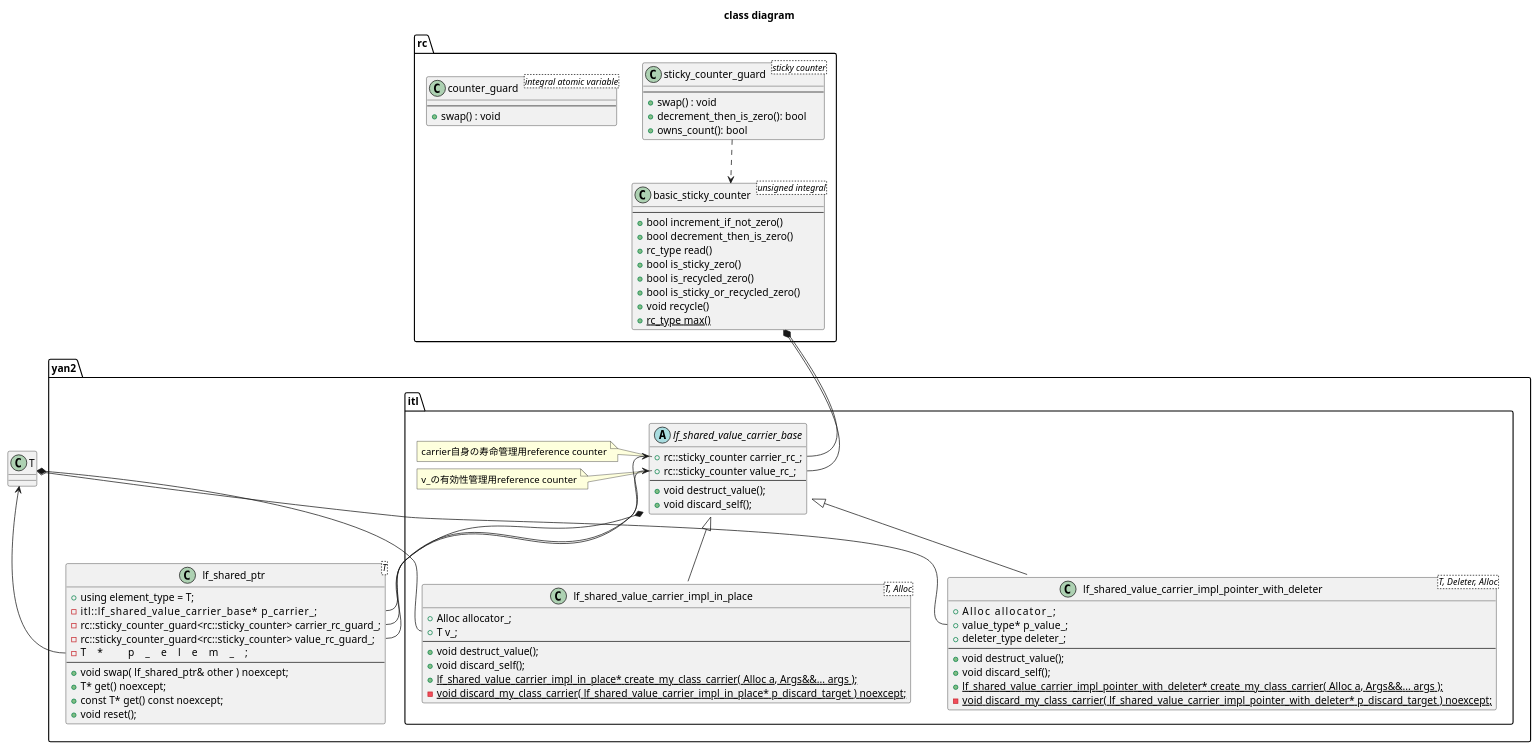
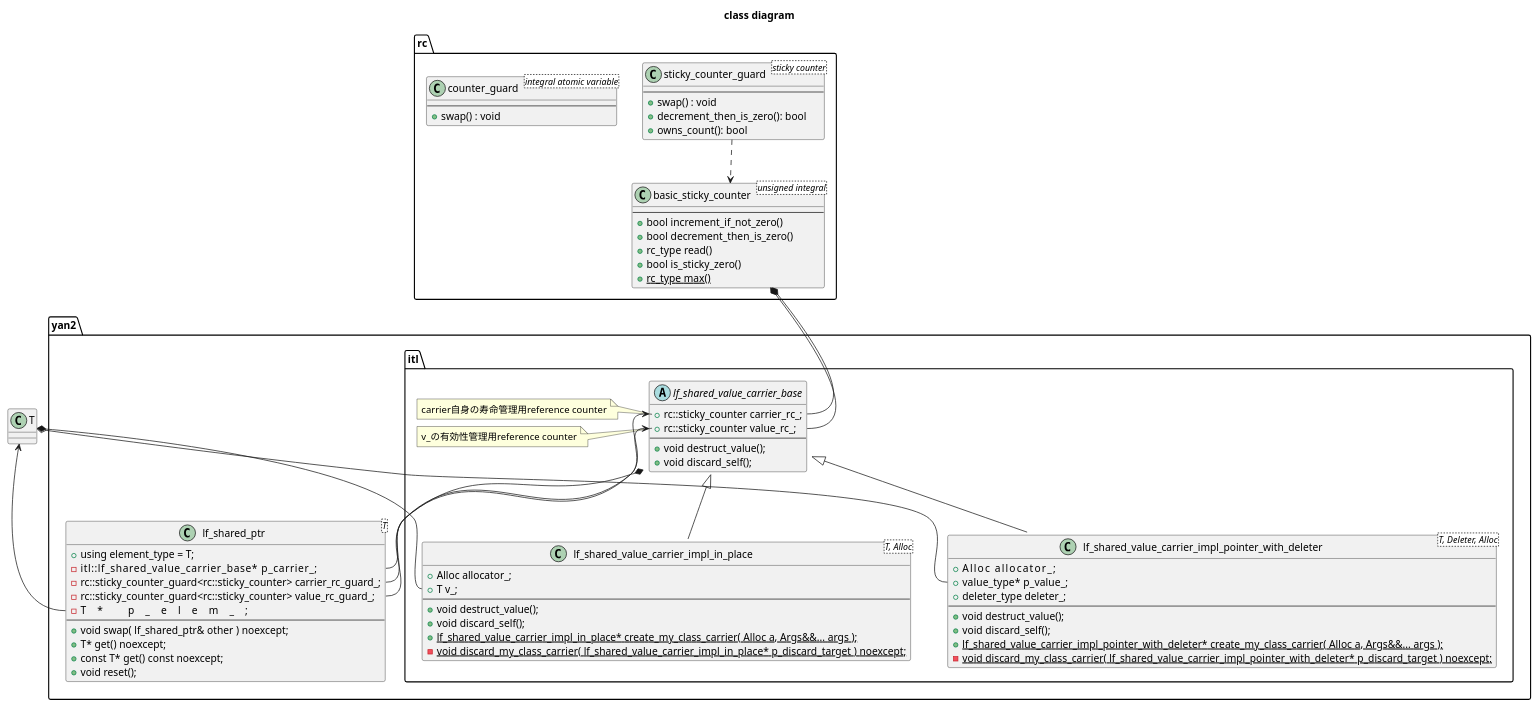
Before and after one commit to PFA03027/yan_lf_shared_ptr: the diagram in doc/class_diagram_lf_shared_ptr.puml, drawn with PlantUML. The commit also changed 2 other files, not shown here.

Commit message:
refactor: remove recycle function from basic_sticky_counter

```diff
--- a/doc/class_diagram_lf_shared_ptr.puml
+++ b/doc/class_diagram_lf_shared_ptr.puml
@@ -1,106 +1,103 @@
 @startuml
 
 title class diagram
 
 class T {}
 
 namespace rc {
 class basic_sticky_counter<unsigned integral> {
   --
   + bool increment_if_not_zero()
   + bool decrement_then_is_zero()
   + rc_type read()
   + bool is_sticky_zero()
-  + bool is_recycled_zero()
-  + bool is_sticky_or_recycled_zero()
-  + void recycle()
   + {static} rc_type max()
 }
 
 
 class sticky_counter_guard<sticky counter> {
   --
   + swap() : void
   + decrement_then_is_zero(): bool
   + owns_count(): bool
 }
 
 sticky_counter_guard ..> basic_sticky_counter
 
 class counter_guard<integral atomic variable> {
   --
   + swap() : void
 }
 
 }
 
 namespace yan2 {
 namespace itl {
 
 abstract lf_shared_value_carrier_base {
   + rc::sticky_counter carrier_rc_;
   + rc::sticky_counter value_rc_;
   --
   + void destruct_value(); 
   + void discard_self();
 }
 note left of lf_shared_value_carrier_base::carrier_rc_
   carrier自身の寿命管理用reference counter
 end note
 note left of lf_shared_value_carrier_base::value_rc_
   v_の有効性管理用reference counter
 end note
 
 basic_sticky_counter *-- lf_shared_value_carrier_base::carrier_rc_
 basic_sticky_counter *-- lf_shared_value_carrier_base::value_rc_
 
 
 class lf_shared_value_carrier_impl_in_place<T, Alloc> {
   + Alloc allocator_;
   + T v_;
   --
   + void destruct_value(); 
   + void discard_self();
   + {static} lf_shared_value_carrier_impl_in_place* create_my_class_carrier( Alloc a, Args&&... args );
     - {static} void discard_my_class_carrier( lf_shared_value_carrier_impl_in_place* p_discard_target ) noexcept;
 }
 T *-- lf_shared_value_carrier_impl_in_place::v_
 
 class lf_shared_value_carrier_impl_pointer_with_deleter<T, Deleter, Alloc> {
   + Alloc        allocator_;
   + value_type*  p_value_;
   + deleter_type deleter_;
   --
   + void destruct_value(); 
   + void discard_self();
   + {static} lf_shared_value_carrier_impl_pointer_with_deleter* create_my_class_carrier( Alloc a, Args&&... args );
     - {static} void discard_my_class_carrier( lf_shared_value_carrier_impl_pointer_with_deleter* p_discard_target ) noexcept;
 }
 T o-- lf_shared_value_carrier_impl_pointer_with_deleter::p_value_
 
 lf_shared_value_carrier_base <|-- lf_shared_value_carrier_impl_in_place
 lf_shared_value_carrier_base <|-- lf_shared_value_carrier_impl_pointer_with_deleter
 
 }
 
 class lf_shared_ptr<T> {
   + using element_type = T;
     - itl::lf_shared_value_carrier_base*           p_carrier_;
   - rc::sticky_counter_guard<rc::sticky_counter> carrier_rc_guard_;
   - rc::sticky_counter_guard<rc::sticky_counter> value_rc_guard_;
   - T*                                           p_elem_;
   --
   + void swap( lf_shared_ptr& other ) noexcept;
   + T* get() noexcept;
   + const T* get() const noexcept;
   + void reset();
 }
 lf_shared_value_carrier_base *-- lf_shared_ptr::p_carrier_
 lf_shared_value_carrier_base::carrier_rc_ <-- lf_shared_ptr::carrier_rc_guard_
 lf_shared_value_carrier_base::value_rc_ <-- lf_shared_ptr::value_rc_guard_
 T <-- lf_shared_ptr::p_elem_
 
 }
 
 
 @enduml
```
